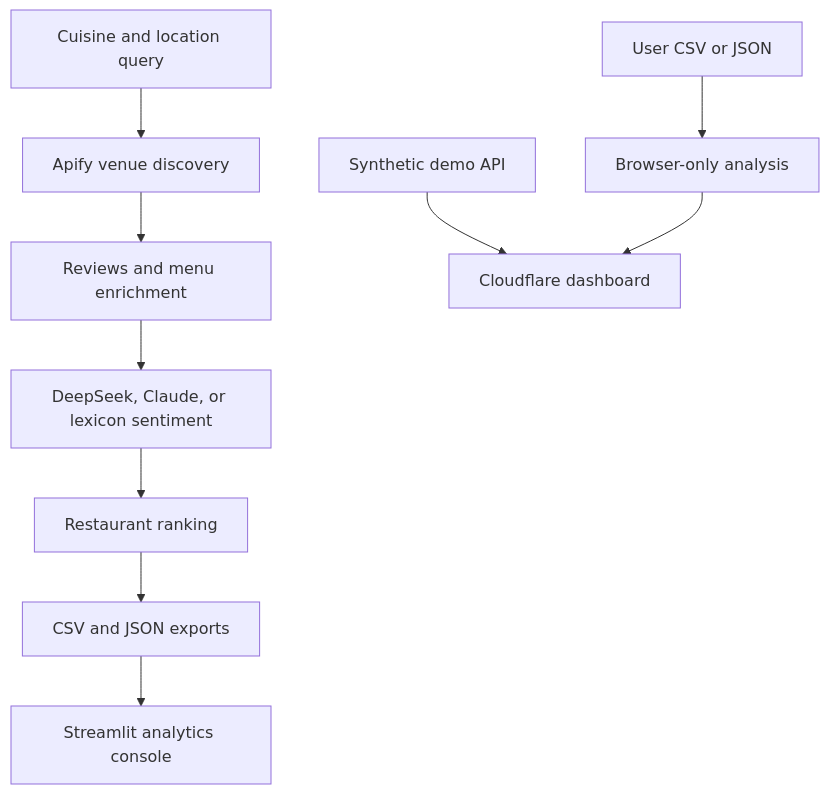
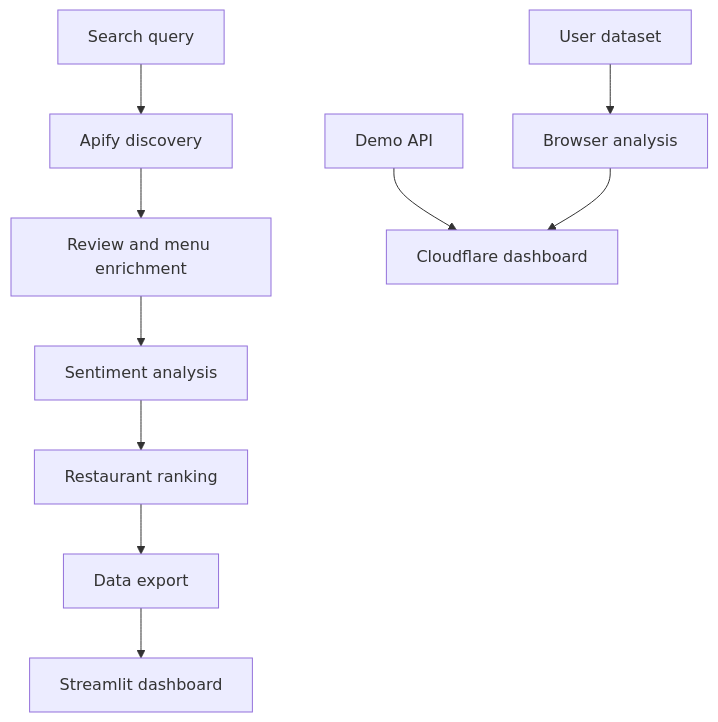
One commit to MadanMohan0537/local-dining-intelligence changed the diagram in README.md. Above: the diagram before and after it, drawn with Mermaid.

Commit message:
Fix GitHub Mermaid architecture rendering

````diff
--- a/README.md
+++ b/README.md
@@ -91,12 +91,12 @@
 ```mermaid
 flowchart TD
-    A[Cuisine and location query] --> B[Apify venue discovery]
-    B --> C[Reviews and menu enrichment]
-    C --> D[DeepSeek, Claude, or lexicon sentiment]
-    D --> E[Restaurant ranking]
-    E --> F[CSV and JSON exports]
-    F --> G[Streamlit analytics console]
-    H[Synthetic demo API] --> I[Cloudflare dashboard]
-    J[User CSV or JSON] --> K[Browser-only analysis]
+    A["Search query"] --> B["Apify discovery"]
+    B --> C["Review and menu enrichment"]
+    C --> D["Sentiment analysis"]
+    D --> E["Restaurant ranking"]
+    E --> F["Data export"]
+    F --> G["Streamlit dashboard"]
+    H["Demo API"] --> I["Cloudflare dashboard"]
+    J["User dataset"] --> K["Browser analysis"]
     K --> I
 ```
````
